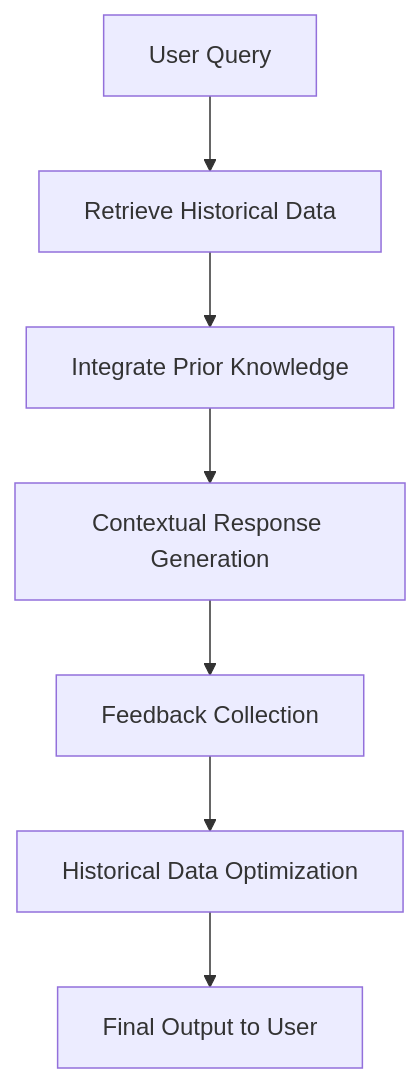
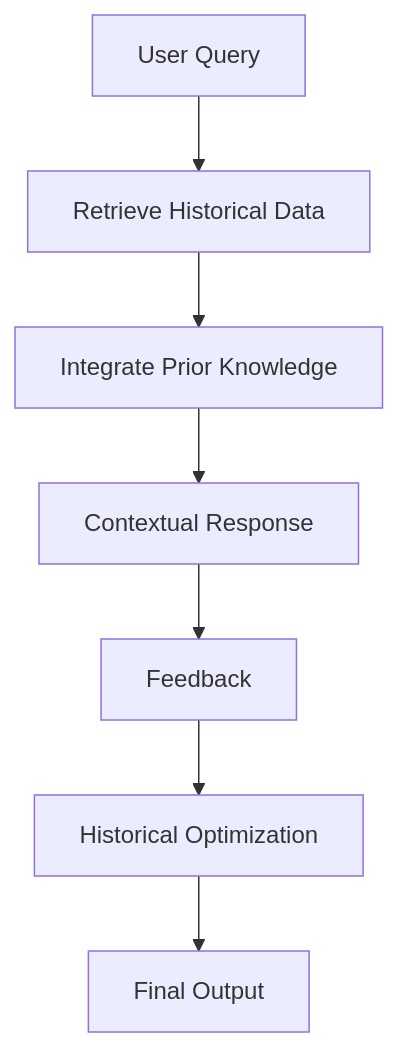
One commit to Dinuk-Di/RAG-Architectures changed diagram 12 of 25 in Readme.md. Above: the diagram before and after it, drawn with Mermaid. The commit also changed other lines of this file, not shown here.

````diff
--- a/Readme.md
+++ b/Readme.md
@@ -213,9 +241,9 @@
 ```mermaid
 flowchart TD
     A[User Query] --> B[Retrieve Historical Data]
     B --> C[Integrate Prior Knowledge]
-    C --> D[Contextual Response Generation]
-    D --> E[Feedback Collection]
-    E --> F[Historical Data Optimization]
-    F --> G[Final Output to User]
+    C --> D[Contextual Response]
+    D --> E[Feedback]
+    E --> F[Historical Optimization]
+    F --> G[Final Output]
 ```
````
